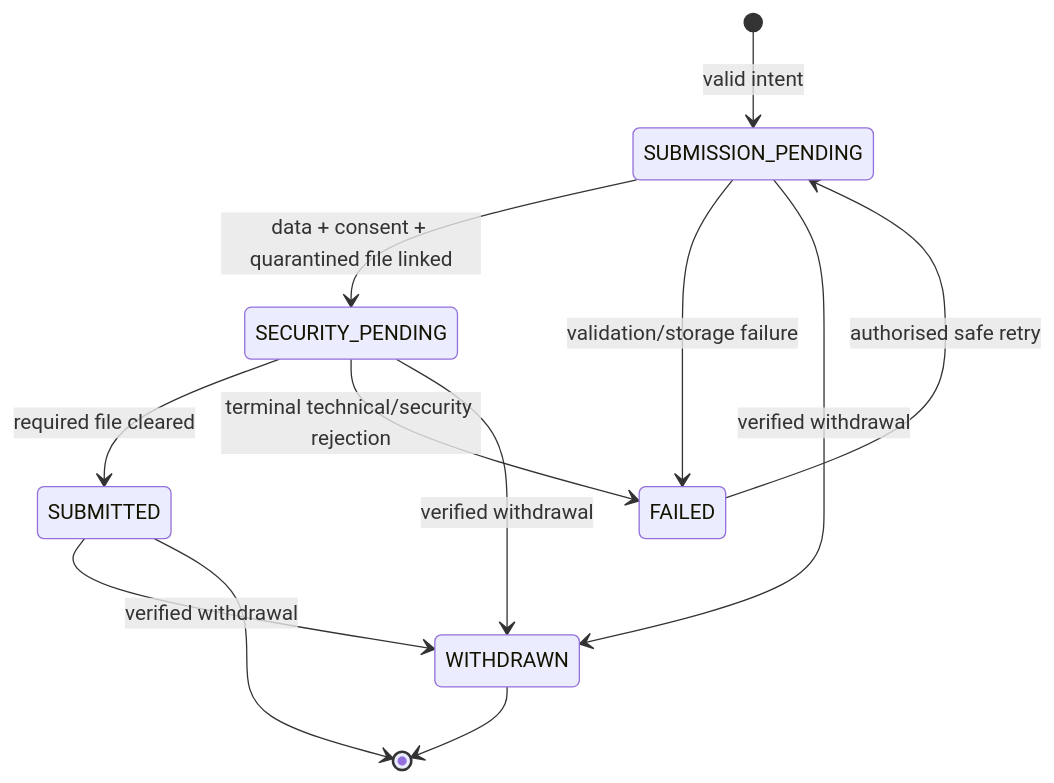
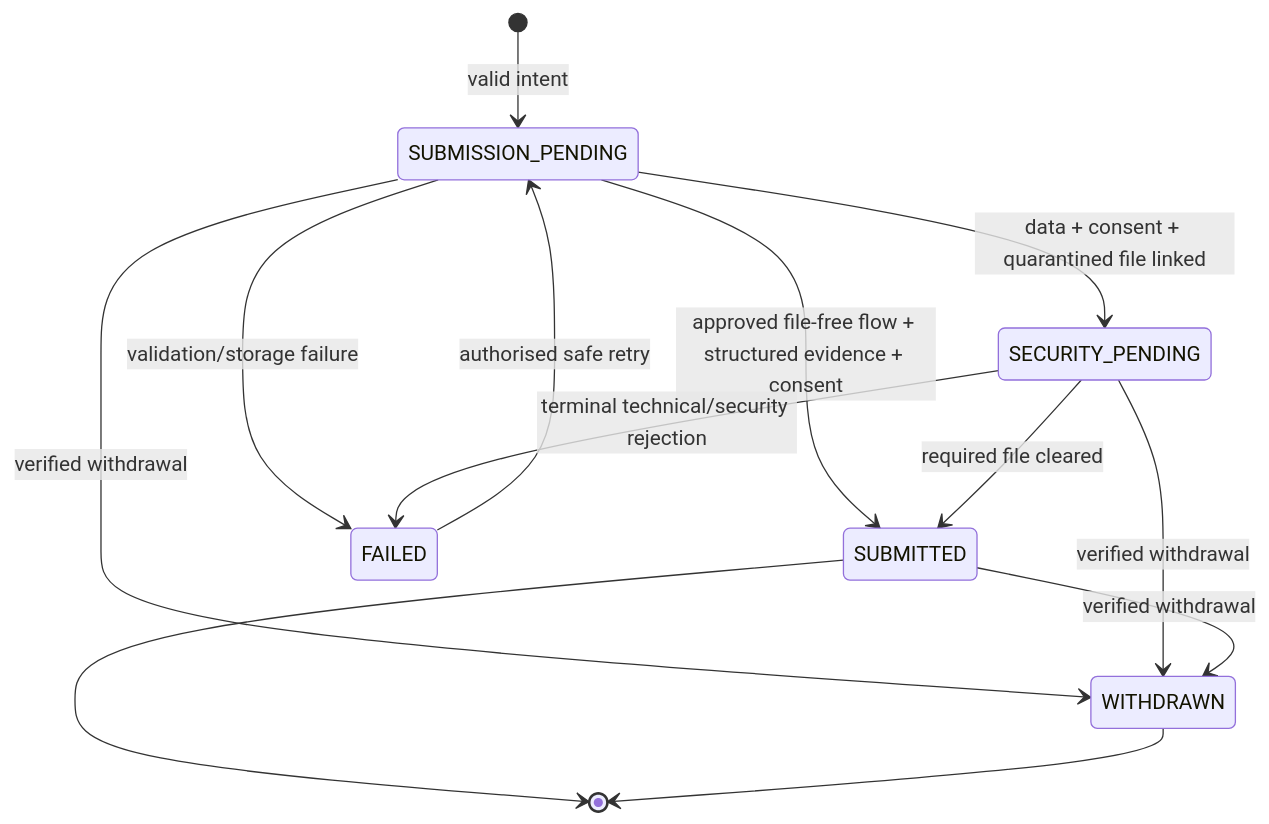
Before and after one commit to atikmurtaza/pyramid-designs: the second of 5 diagrams in docs/architecture/state-machines.md, drawn with Mermaid. The commit also changed other lines of this file and 14 other files, not shown here.

````diff
--- a/docs/architecture/state-machines.md
+++ b/docs/architecture/state-machines.md
@@ -55,14 +57,15 @@
 ```mermaid
 stateDiagram-v2
     [*] --> SUBMISSION_PENDING: valid intent
     SUBMISSION_PENDING --> SECURITY_PENDING: data + consent + quarantined file linked
+    SUBMISSION_PENDING --> SUBMITTED: approved file-free flow + structured evidence + consent
     SUBMISSION_PENDING --> FAILED: validation/storage failure
     SECURITY_PENDING --> SUBMITTED: required file cleared
     SECURITY_PENDING --> FAILED: terminal technical/security rejection
     SUBMISSION_PENDING --> WITHDRAWN: verified withdrawal
     SECURITY_PENDING --> WITHDRAWN: verified withdrawal
     FAILED --> SUBMISSION_PENDING: authorised safe retry
     SUBMITTED --> WITHDRAWN: verified withdrawal
     SUBMITTED --> [*]
     WITHDRAWN --> [*]
 ```
````
